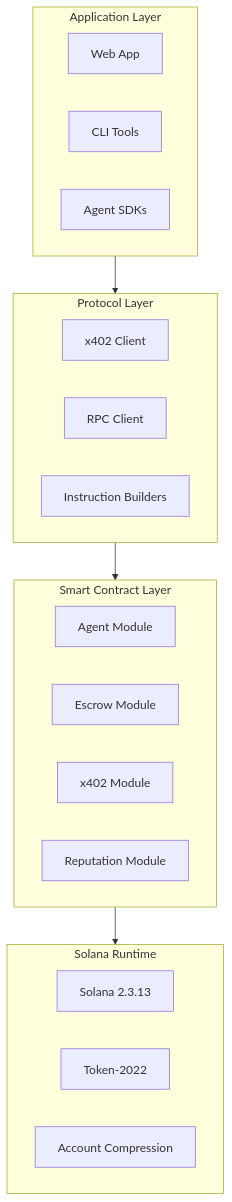
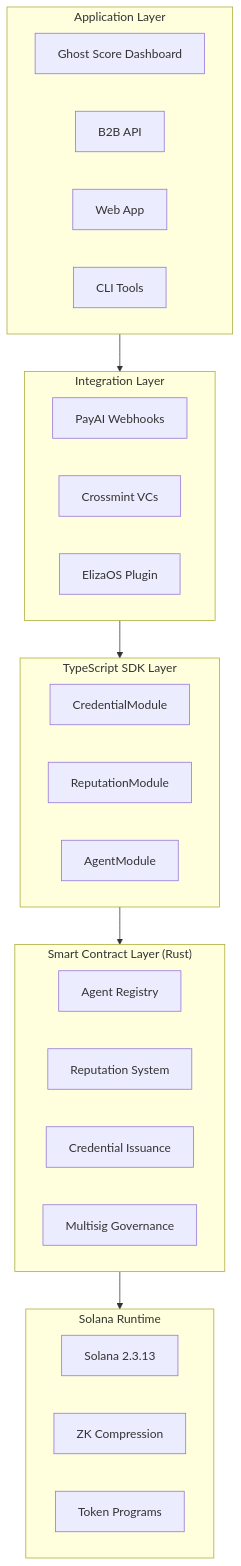
Before and after one commit to Dexploarer/GhostSpeak: the first of 3 diagrams in docs/concepts/architecture.mdx, drawn with Mermaid. The commit also changed other lines of this file and 974 other files, not shown here.

Commit message:
feat: Introduce PayAI integration, DID operations, privacy features, and ghost score pages while removing x402 payments and escrow functionality.

````diff
--- a/docs/concepts/architecture.mdx
+++ b/docs/concepts/architecture.mdx
@@ -10,31 +12,39 @@
 ```mermaid
 graph TB
     subgraph Application["Application Layer"]
+        Dashboard["Ghost Score Dashboard"]
+        B2B["B2B API"]
         WebApp["Web App"]
         CLI["CLI Tools"]
-        SDK["Agent SDKs"]
     end
 
-    subgraph Protocol["Protocol Layer"]
-        X402["x402 Client"]
-        RPC["RPC Client"]
-        Builders["Instruction Builders"]
+    subgraph Integration["Integration Layer"]
+        PayAI["PayAI Webhooks"]
+        Crossmint["Crossmint VCs"]
+        ElizaOS["ElizaOS Plugin"]
     end
 
-    subgraph Smart["Smart Contract Layer"]
-        Agent["Agent Module"]
-        Escrow["Escrow Module"]
-        X402M["x402 Module"]
-        Reputation["Reputation Module"]
+    subgraph SDK["TypeScript SDK Layer"]
+        CredModule["CredentialModule"]
+        RepModule["ReputationModule"]
+        AgentModule["AgentModule"]
+    end
+
+    subgraph Smart["Smart Contract Layer (Rust)"]
+        Agent["Agent Registry"]
+        Reputation["Reputation System"]
+        Credentials["Credential Issuance"]
+        Governance["Multisig Governance"]
     end
 
     subgraph Solana["Solana Runtime"]
         Runtime["Solana 2.3.13"]
-        Token["Token-2022"]
-        Compression["Account Compression"]
+        Compression["ZK Compression"]
+        Token["Token Programs"]
     end
 
-    Application --> Protocol
-    Protocol --> Smart
+    Application --> Integration
+    Integration --> SDK
+    SDK --> Smart
     Smart --> Solana
 ```
````
